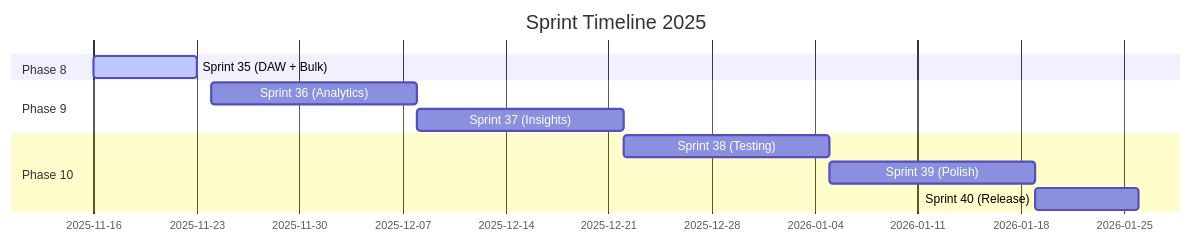
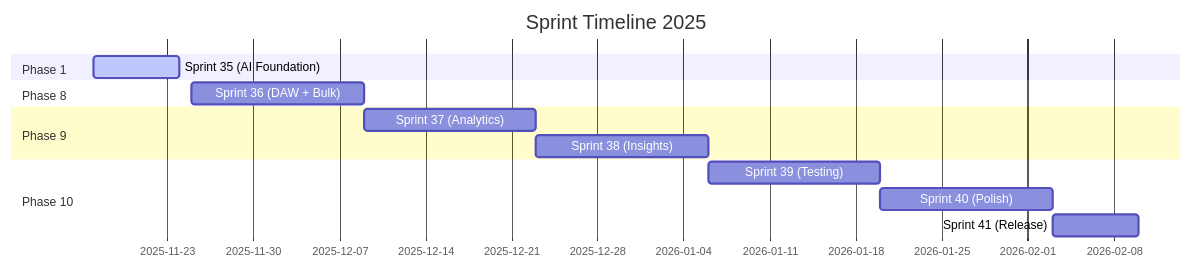
Before and after one commit to HOW2AI-AGENCY/albert3-muse-synth-studio: the diagram in project-management/sprints/SPRINT_STATUS.md, drawn with Mermaid. The commit also changed other lines of this file and 4 other files, not shown here.

````diff
--- a/project-management/sprints/SPRINT_STATUS.md
+++ b/project-management/sprints/SPRINT_STATUS.md
@@ -109,14 +121,16 @@
 ```mermaid
 gantt
     title Sprint Timeline 2025
     dateFormat YYYY-MM-DD
+    section Phase 1
+    Sprint 35 (AI Foundation)   :active, 2025-11-17, 7d
     section Phase 8
-    Sprint 35 (DAW + Bulk)   :active, 2025-11-16, 7d
+    Sprint 36 (DAW + Bulk)      :2025-11-25, 14d
     section Phase 9
-    Sprint 36 (Analytics)    :2025-11-24, 14d
-    Sprint 37 (Insights)     :2025-12-08, 14d
+    Sprint 37 (Analytics)       :2025-12-09, 14d
+    Sprint 38 (Insights)        :2025-12-23, 14d
     section Phase 10
-    Sprint 38 (Testing)      :2025-12-22, 14d
-    Sprint 39 (Polish)       :2026-01-05, 14d
-    Sprint 40 (Release)      :2026-01-19, 7d
+    Sprint 39 (Testing)         :2026-01-06, 14d
+    Sprint 40 (Polish)          :2026-01-20, 14d
+    Sprint 41 (Release)         :2026-02-03, 7d
 ```
````
